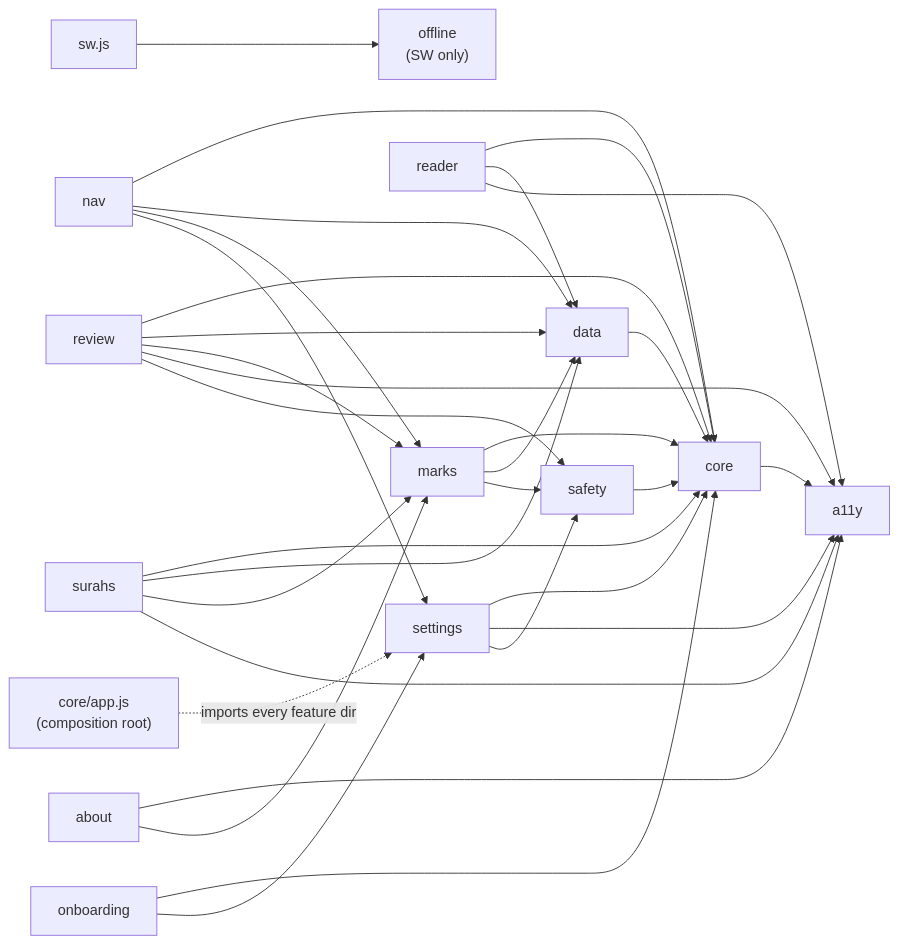
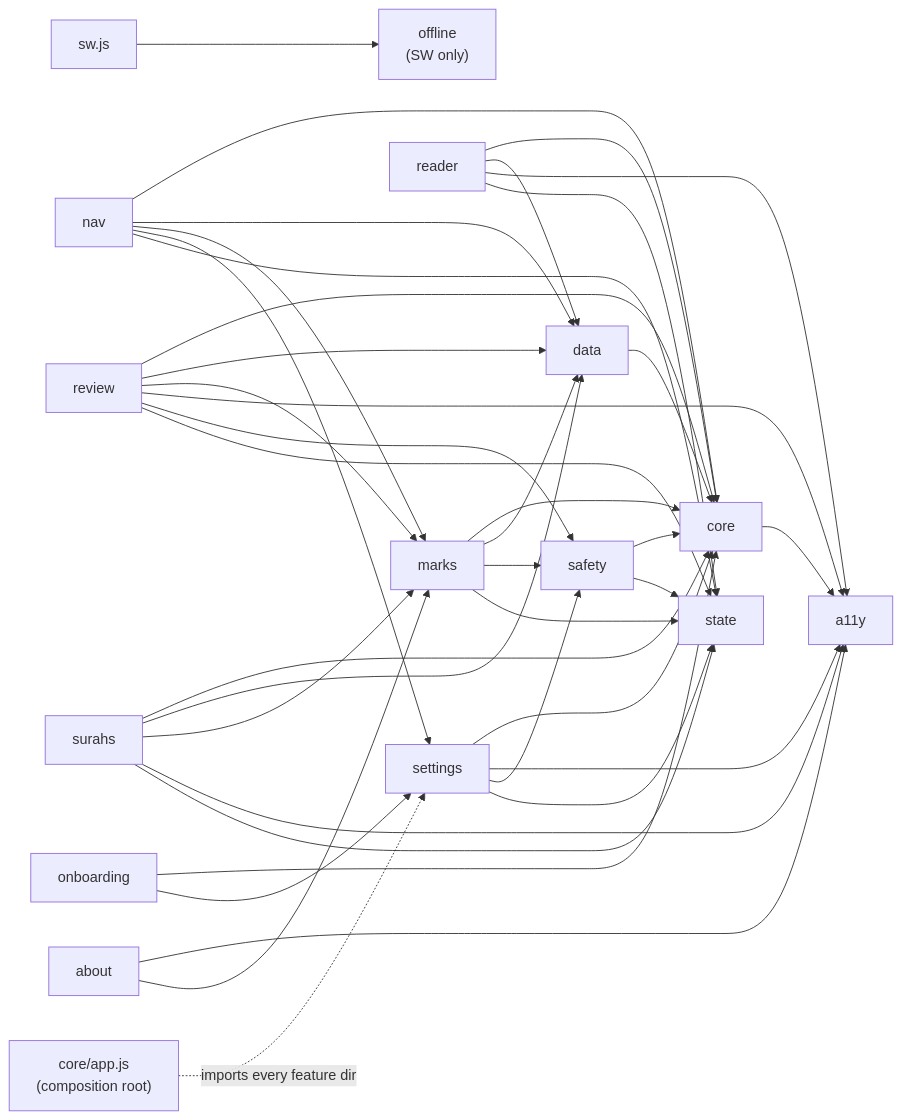
One commit to Omar-MD/QuranAtlas changed the diagram in docs/context/module-graph.md. Above: the diagram before and after it, drawn with Mermaid. The commit also changed other lines of this file and 1 other file, not shown here.

Commit message:
docs: update module-graph + architecture for state/ extraction
Adds state/ directory entry to module-graph.md (files, zero imports,
imported-by list, role description). Updates the mermaid overview to
show state as a node with inbound edges from all consuming feature dirs.
Updates architecture.md: replaces the "module-scoped variables" sentence
with the state/ contract (get/set, zero imports, pure data containers).

````diff
--- a/docs/context/module-graph.md
+++ b/docs/context/module-graph.md
@@ -9,50 +9,58 @@
 ```mermaid
 graph LR
   a11y[a11y]
   core[core]
   data[data]
   safety[safety]
   marks[marks]
   settings[settings]
   nav[nav]
   reader[reader]
   review[review]
   surahs[surahs]
   about[about]
   onboarding[onboarding]
   offline["offline<br/>(SW only)"]
   sw["sw.js"]
+  state[state]
 
   core --> a11y
   data --> core
   safety --> core
   marks --> core
   marks --> data
   marks --> safety
   settings --> core
   settings --> a11y
   settings --> safety
   nav --> core
   nav --> data
   nav --> marks
   nav --> settings
+  nav --> state
   reader --> core
   reader --> data
   reader --> a11y
+  reader --> state
   review --> core
   review --> data
   review --> marks
   review --> a11y
   review --> safety
+  review --> state
   surahs --> core
   surahs --> data
   surahs --> marks
   surahs --> a11y
+  surahs --> state
+  marks --> state
+  settings --> state
+  safety --> state
   about --> a11y
   about --> marks
   onboarding --> core
   onboarding --> settings
 
   sw --> offline
   app["core/app.js<br/>(composition root)"] -.imports every feature dir.-> settings
 ```
````
